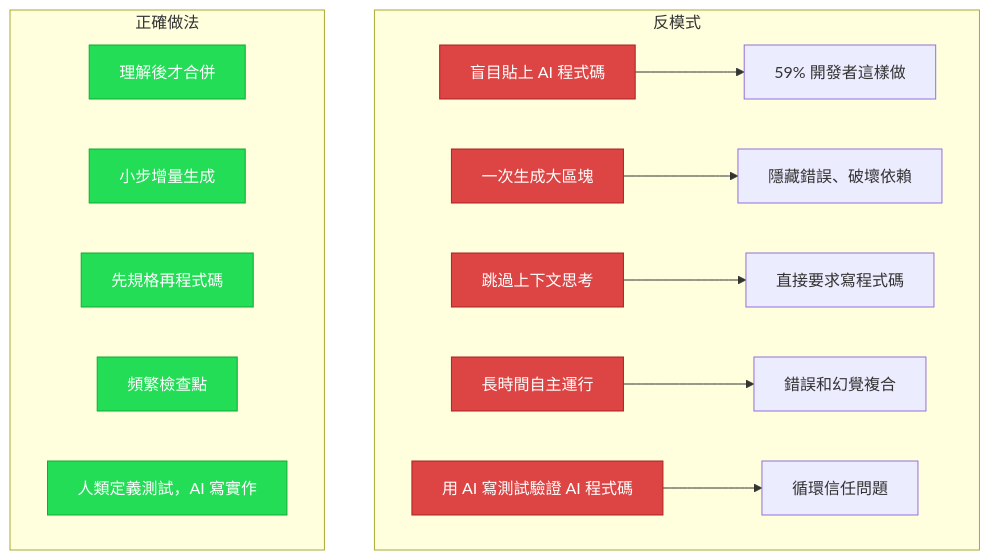
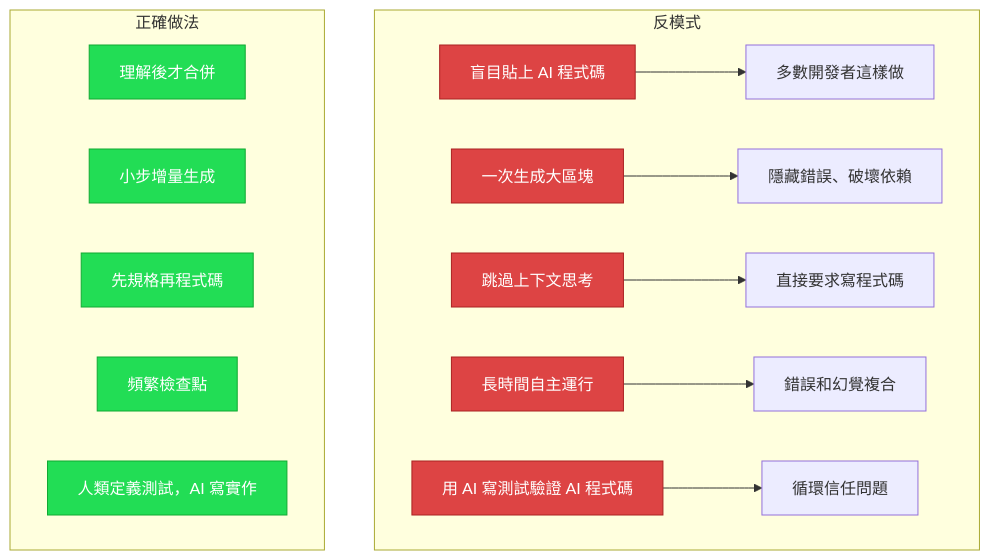
Diagram 30 of 31 in docs/guides/ai-era-code-best-practices.md (Muheng1992/symbiotic-engineering), drawn with Mermaid before and after one commit. The commit also changed other lines of this file, not shown here.

````diff
--- a/docs/guides/ai-era-code-best-practices.md
+++ b/docs/guides/ai-era-code-best-practices.md
@@ -1390,29 +1403,29 @@
 ```mermaid
 graph TD
     subgraph "反模式"
-        X1["盲目貼上 AI 程式碼"] --> X1a["59% 開發者這樣做"]
+        X1["盲目貼上 AI 程式碼"] --> X1a["多數開發者這樣做"]
         X2["一次生成大區塊"] --> X2a["隱藏錯誤、破壞依賴"]
         X3["跳過上下文思考"] --> X3a["直接要求寫程式碼"]
         X4["長時間自主運行"] --> X4a["錯誤和幻覺複合"]
         X5["用 AI 寫測試驗證 AI 程式碼"] --> X5a["循環信任問題"]
     end
 
     subgraph "正確做法"
         Y1["理解後才合併"]
         Y2["小步增量生成"]
         Y3["先規格再程式碼"]
         Y4["頻繁檢查點"]
         Y5["人類定義測試，AI 寫實作"]
     end
 
     style X1 fill:#d44,stroke:#a22,color:#fff
     style X2 fill:#d44,stroke:#a22,color:#fff
     style X3 fill:#d44,stroke:#a22,color:#fff
     style X4 fill:#d44,stroke:#a22,color:#fff
     style X5 fill:#d44,stroke:#a22,color:#fff
     style Y1 fill:#2d5,stroke:#1a3,color:#fff
     style Y2 fill:#2d5,stroke:#1a3,color:#fff
     style Y3 fill:#2d5,stroke:#1a3,color:#fff
     style Y4 fill:#2d5,stroke:#1a3,color:#fff
     style Y5 fill:#2d5,stroke:#1a3,color:#fff
 ```
````
